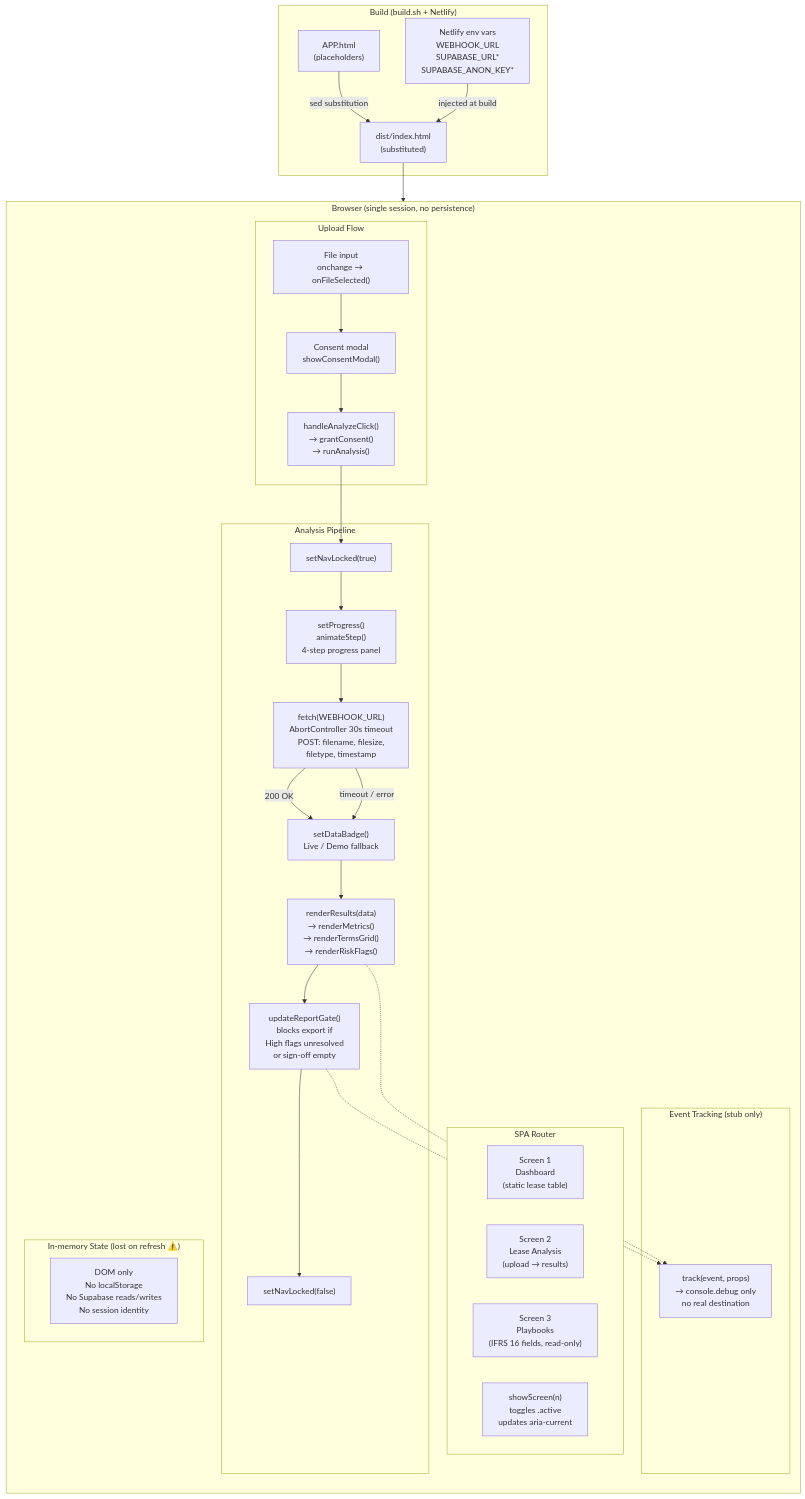
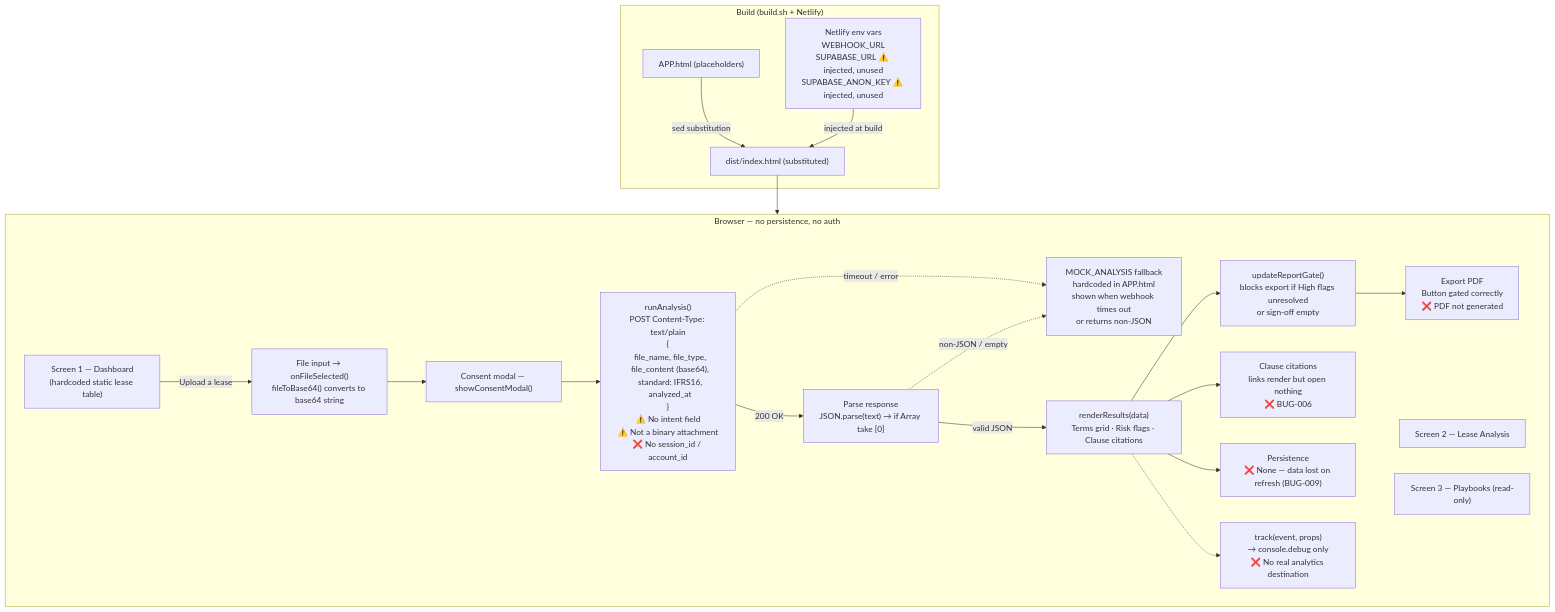
One commit to kamalbhatiapm/LeaseComplianceApp changed the first of 2 diagrams in architecture/FRONTEND-ARCHITECTURE.md. Above: the diagram before and after it, drawn with Mermaid. The commit also changed other lines of this file and 1 other file, not shown here.

First line of the commit message:
docs: rewrite architecture .md files to match actual n8n workflow

````diff
--- a/architecture/FRONTEND-ARCHITECTURE.md
+++ b/architecture/FRONTEND-ARCHITECTURE.md
@@ -11,55 +13,45 @@
 ```mermaid
 flowchart TD
     subgraph Build["Build (build.sh + Netlify)"]
-        SRC["APP.html\n(placeholders)"]
-        ENV["Netlify env vars\nWEBHOOK_URL\nSUPABASE_URL*\nSUPABASE_ANON_KEY*"]
-        DIST["dist/index.html\n(substituted)"]
+        SRC["APP.html (placeholders)"]
+        ENV["Netlify env vars\nWEBHOOK_URL\nSUPABASE_URL ⚠️ injected, unused\nSUPABASE_ANON_KEY ⚠️ injected, unused"]
+        DIST["dist/index.html (substituted)"]
         SRC -->|"sed substitution"| DIST
         ENV -->|"injected at build"| DIST
     end
 
-    subgraph Browser["Browser (single session, no persistence)"]
-        direction TB
+    subgraph Browser["Browser — no persistence, no auth"]
 
-        subgraph Router["SPA Router"]
-            S1["Screen 1\nDashboard\n(static lease table)"]
-            S2["Screen 2\nLease Analysis\n(upload → results)"]
-            S3["Screen 3\nPlaybooks\n(IFRS 16 fields, read-only)"]
-            SHOW["showScreen(n)\ntoggles .active\nupdates aria-current"]
-        end
+        S1["Screen 1 — Dashboard\n(hardcoded static lease table)"]
+        S2["Screen 2 — Lease Analysis"]
+        S3["Screen 3 — Playbooks (read-only)"]
 
-        subgraph UploadFlow["Upload Flow"]
-            FILE["File input\nonchange → onFileSelected()"]
-            CONSENT["Consent modal\nshowConsentModal()"]
-            ANALYZE["handleAnalyzeClick()\n→ grantConsent()\n→ runAnalysis()"]
-        end
+        FILE["File input → onFileSelected()\nfileToBase64() converts to base64 string"]
+        CONSENT["Consent modal — showConsentModal()"]
 
-        subgraph Analysis["Analysis Pipeline"]
-            LOCK["setNavLocked(true)"]
-            PROG["setProgress()\nanimateStep()\n4-step progress panel"]
-            FETCH["fetch(WEBHOOK_URL)\nAbortController 30s timeout\nPOST: filename, filesize,\nfiletype, timestamp"]
-            BADGE["setDataBadge()\nLive / Demo fallback"]
-            RENDER["renderResults(data)\n→ renderMetrics()\n→ renderTermsGrid()\n→ renderRiskFlags()"]
-            GATE["updateReportGate()\nblocks export if\nHigh flags unresolved\nor sign-off empty"]
-            UNLOCK["setNavLocked(false)"]
-        end
+        ANALYZE["runAnalysis()\nPOST Content-Type: text/plain\n{\n  file_name, file_type,\n  file_content (base64),\n  standard: IFRS16,\n  analyzed_at\n}\n⚠️ No intent field\n⚠️ Not a binary attachment\n❌ No session_id / account_id"]
 
-        subgraph Tracking["Event Tracking (stub only)"]
-            TRACK["track(event, props)\n→ console.debug only\nno real destination"]
-        end
+        PARSE["Parse response\nJSON.parse(text) → if Array take [0]"]
+        MOCK["MOCK_ANALYSIS fallback\nhardcoded in APP.html\nshown when webhook times out\nor returns non-JSON"]
 
-        subgraph State["In-memory State (lost on refresh ⚠️)"]
-            DOM["DOM only\nNo localStorage\nNo Supabase reads/writes\nNo session identity"]
-        end
+        RENDER["renderResults(data)\nTerms grid · Risk flags · Clause citations"]
+        GATE["updateReportGate()\nblocks export if High flags unresolved\nor sign-off empty"]
+        EXPORT["Export PDF\nButton gated correctly\n❌ PDF not generated"]
+        CITATIONS["Clause citations\nlinks render but open nothing\n❌ BUG-006"]
+        PERSIST["Persistence\n❌ None — data lost on refresh (BUG-009)"]
+        TRACK["track(event, props)\n→ console.debug only\n❌ No real analytics destination"]
 
+        S1 -->|"Upload a lease"| FILE
         FILE --> CONSENT --> ANALYZE
-        ANALYZE --> LOCK --> PROG --> FETCH
-        FETCH -->|"200 OK"| BADGE
-        FETCH -->|"timeout / error"| BADGE
-        BADGE --> RENDER --> GATE --> UNLOCK
+        ANALYZE -->|"200 OK"| PARSE
+        ANALYZE -.->|"timeout / error"| MOCK
+        PARSE -->|"valid JSON"| RENDER
+        PARSE -.->|"non-JSON / empty"| MOCK
+        RENDER --> GATE --> EXPORT
+        RENDER --> CITATIONS
+        RENDER --> PERSIST
         RENDER -.-> TRACK
-        GATE -.-> TRACK
     end
 
     DIST --> Browser
 ```
````
